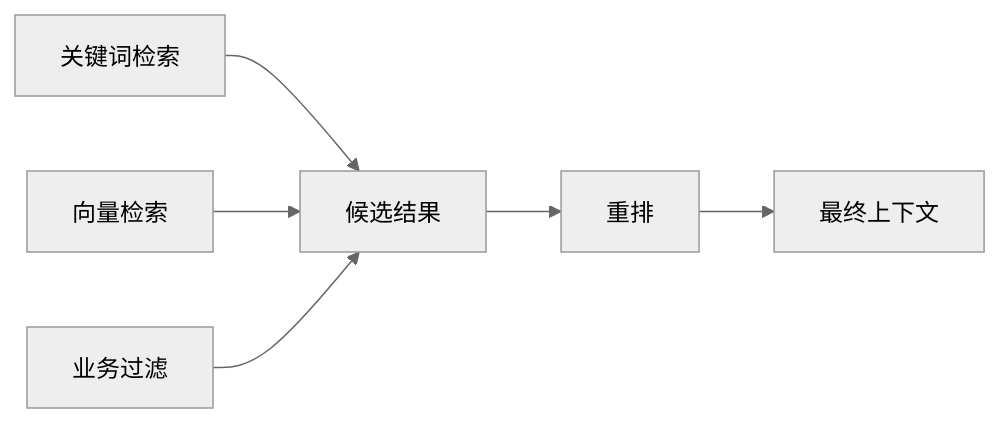
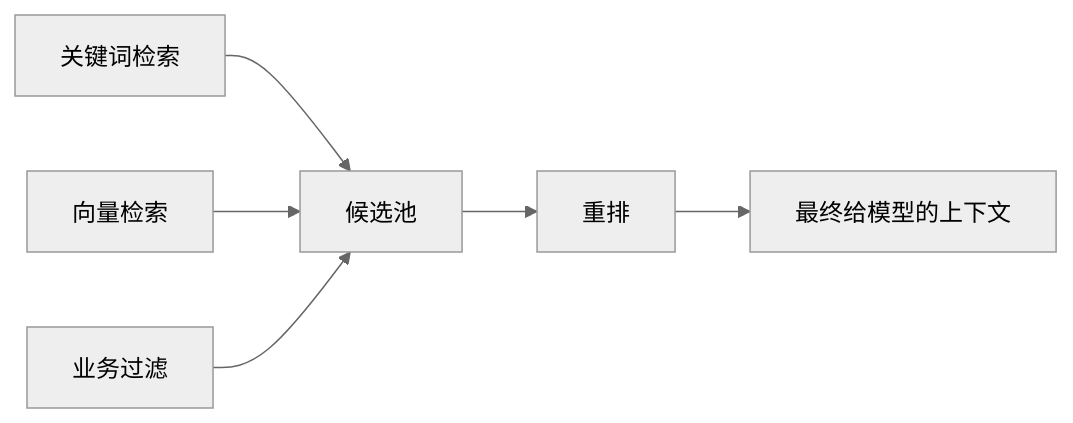
Before and after one commit to gouxinjie/gouxinjie.github.io: the second of 2 diagrams in docs/column/AIFuture/基础认知/什么是RAG检索增强生成.md, drawn with Mermaid (neutral theme). The commit also changed other lines of this file and 12 other files, not shown here.

````diff
--- a/docs/column/AIFuture/基础认知/什么是RAG检索增强生成.md
+++ b/docs/column/AIFuture/基础认知/什么是RAG检索增强生成.md
@@ -112,8 +127,8 @@
 ```mermaid
 flowchart LR
-  A["关键词检索"] --> D["候选结果"]
+  A["关键词检索"] --> D["候选池"]
   B["向量检索"] --> D
   C["业务过滤"] --> D
   D --> E["重排"]
-  E --> F["最终上下文"]
+  E --> F["最终给模型的上下文"]
 ```
````
